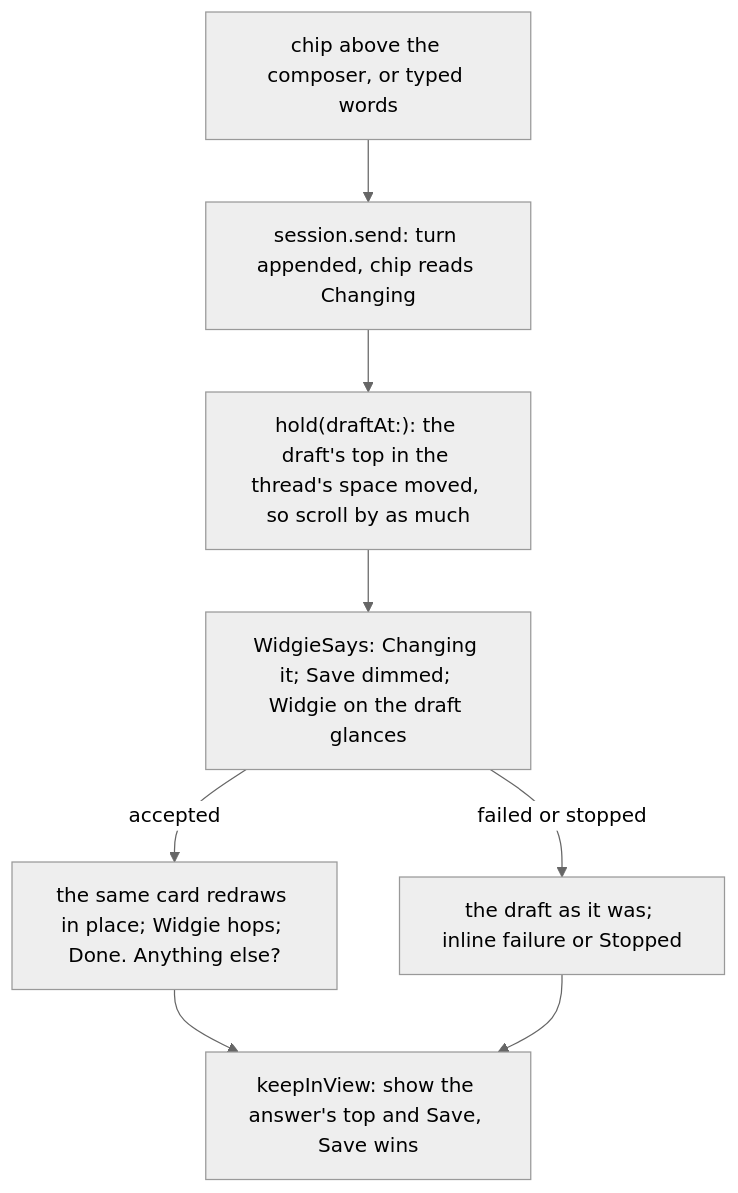
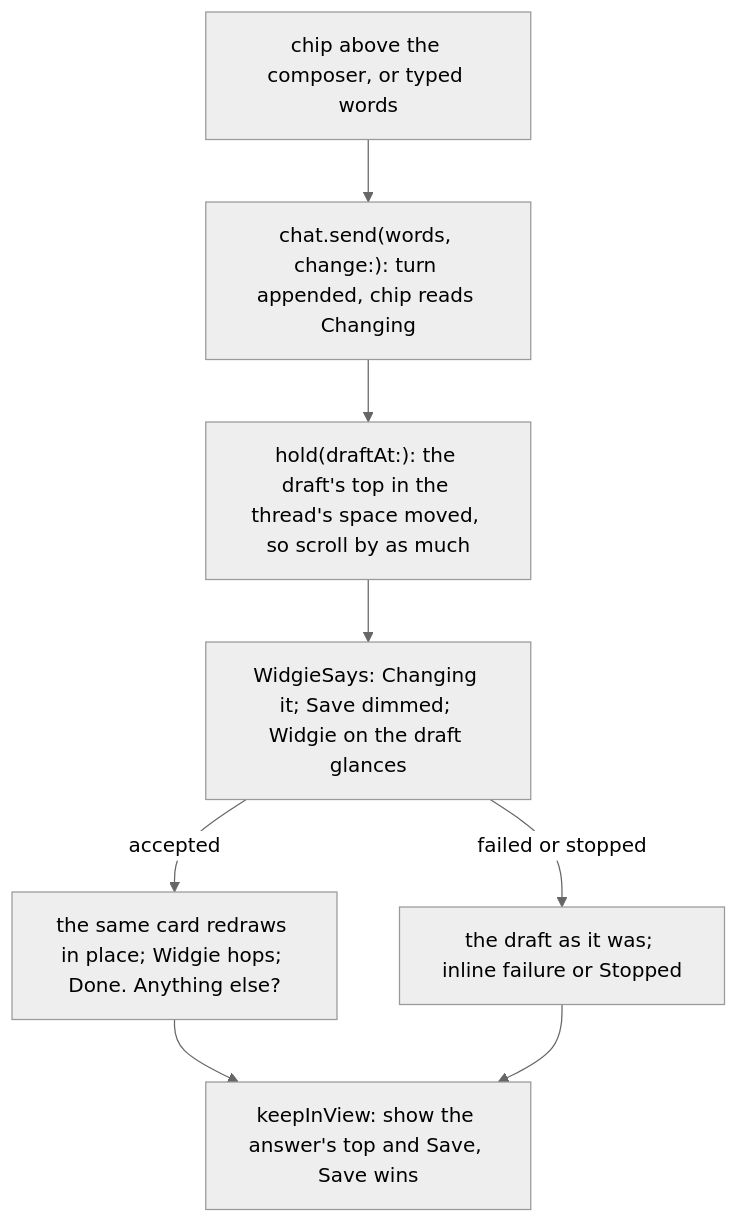
One commit to Krutik460/Widgie changed the second of 5 diagrams in docs/pr/19-app-shell-u2-chat.md. Above: the diagram before and after it, drawn with Mermaid (neutral theme). The commit also changed other lines of this file and 1 other file, not shown here.

````diff
--- a/docs/pr/19-app-shell-u2-chat.md
+++ b/docs/pr/19-app-shell-u2-chat.md
@@ -47,10 +48,10 @@
 ```mermaid
 flowchart TD
-  CHIP["chip above the composer, or typed words"] --> SEND["session.send: turn appended, chip reads Changing"]
+  CHIP["chip above the composer, or typed words"] --> SEND["chat.send(words, change:): turn appended, chip reads Changing"]
   SEND --> HOLD["hold(draftAt:): the draft's top in the thread's space moved, so scroll by as much"]
   HOLD --> BUILD["WidgieSays: Changing it; Save dimmed; Widgie on the draft glances"]
   BUILD -->|"accepted"| SAME["the same card redraws in place; Widgie hops; Done. Anything else?"]
   BUILD -->|"failed or stopped"| KEPT["the draft as it was; inline failure or Stopped"]
   SAME --> KEEP["keepInView: show the answer's top and Save, Save wins"]
   KEPT --> KEEP
 ```
````
